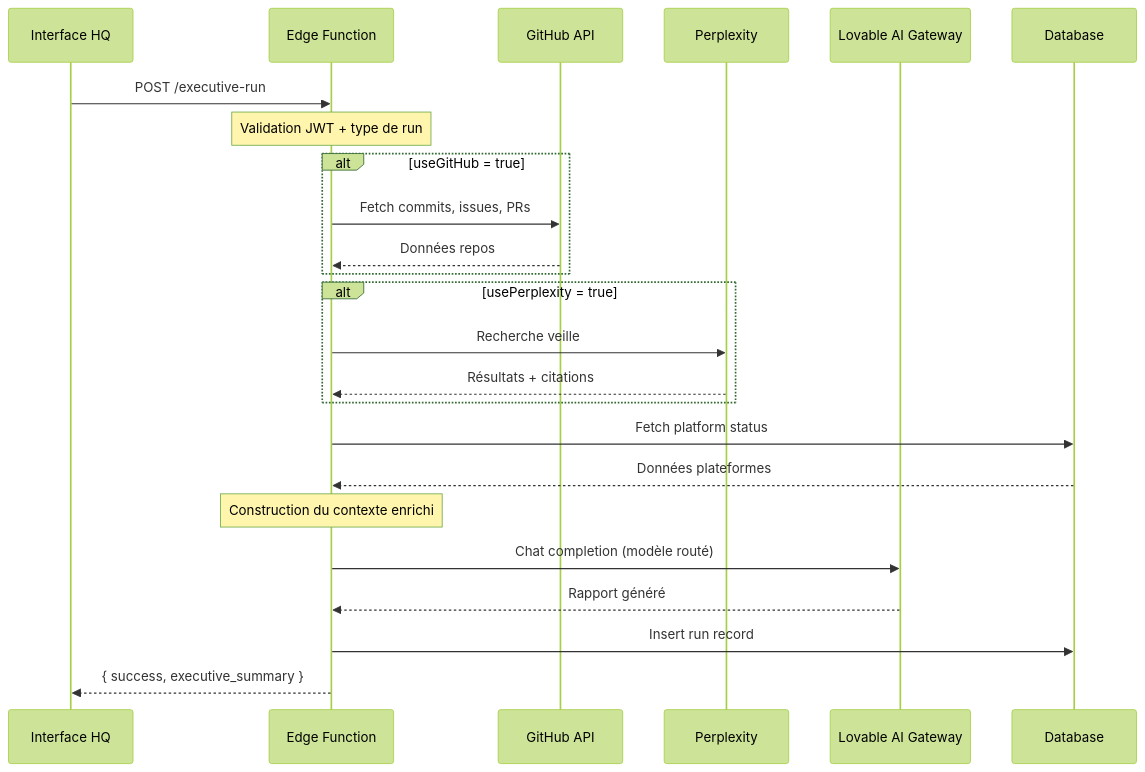
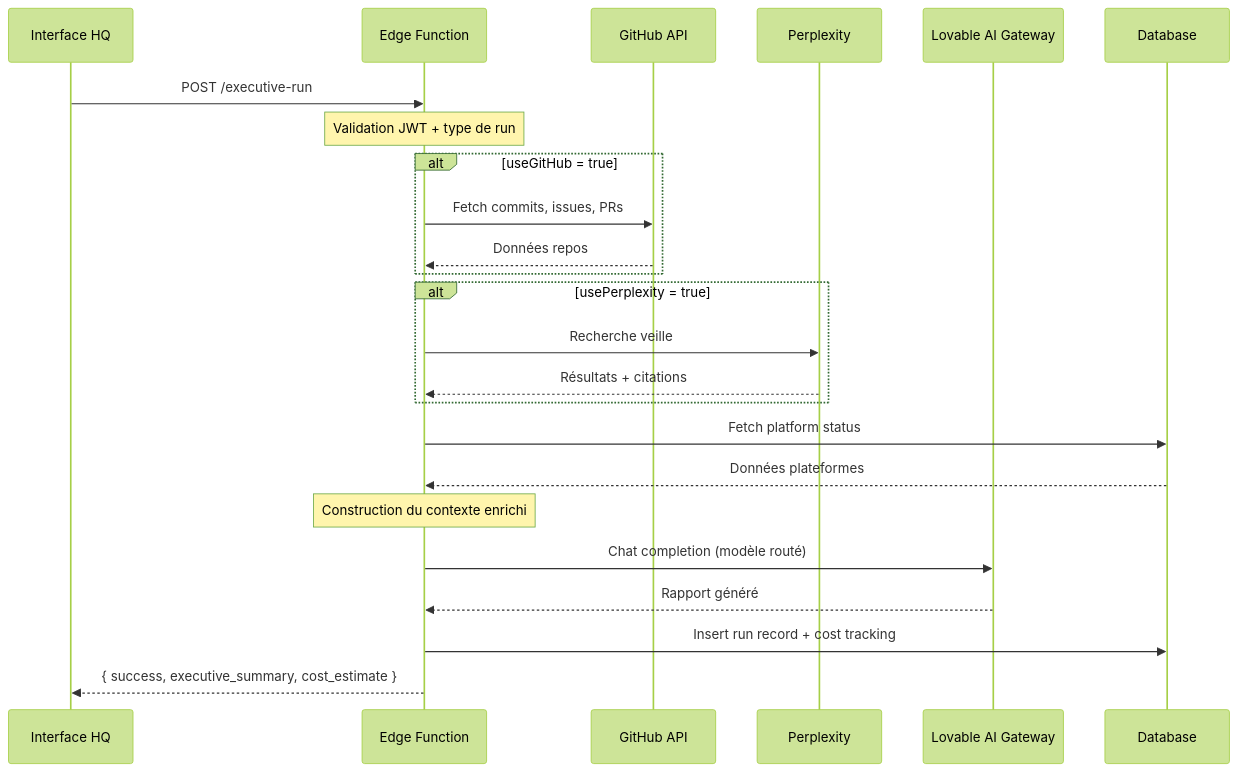
The diagram in docs/AI_GUIDE.md (laeticiamng/pr-sident-tableau-de-bord), drawn with Mermaid (forest theme) before and after one commit. The commit also changed other lines of this file and 10 other files, not shown here.

````diff
--- a/docs/AI_GUIDE.md
+++ b/docs/AI_GUIDE.md
@@ -182,33 +249,33 @@
 ```mermaid
 sequenceDiagram
     participant UI as Interface HQ
     participant EF as Edge Function
     participant GH as GitHub API
     participant PP as Perplexity
     participant AI as Lovable AI Gateway
     participant DB as Database
 
     UI->>EF: POST /executive-run
     Note over EF: Validation JWT + type de run
     
     alt useGitHub = true
         EF->>GH: Fetch commits, issues, PRs
         GH-->>EF: Données repos
     end
     
     alt usePerplexity = true
         EF->>PP: Recherche veille
         PP-->>EF: Résultats + citations
     end
     
     EF->>DB: Fetch platform status
     DB-->>EF: Données plateformes
     
     Note over EF: Construction du contexte enrichi
     
     EF->>AI: Chat completion (modèle routé)
     AI-->>EF: Rapport généré
     
-    EF->>DB: Insert run record
-    EF-->>UI: { success, executive_summary }
+    EF->>DB: Insert run record + cost tracking
+    EF-->>UI: { success, executive_summary, cost_estimate }
 ```
````
